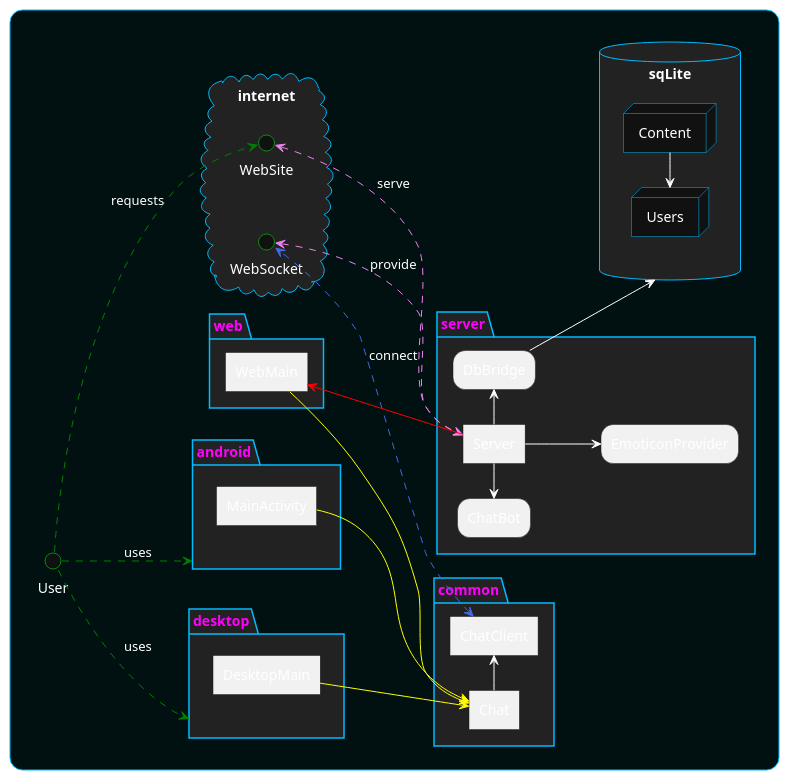
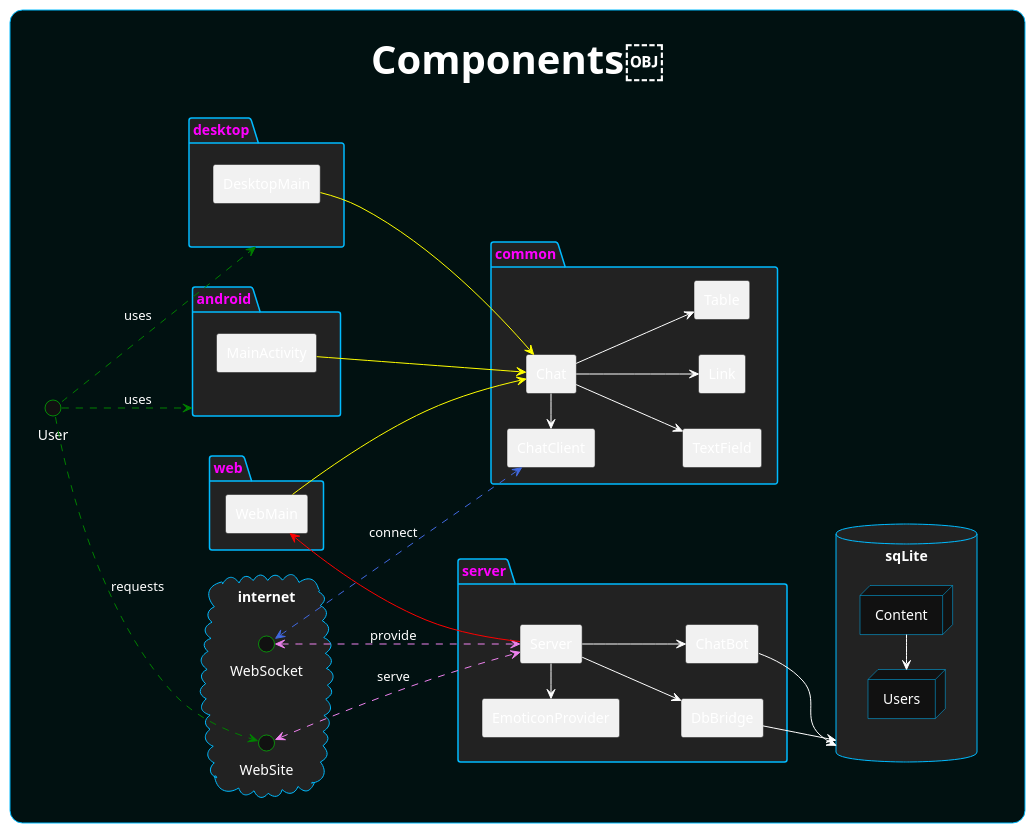
One commit to SaschaZ/KotlinMpChatDemo changed the diagram in doc/puml/Components.puml. Above: the diagram before and after it, drawn with PlantUML. The commit also changed 13 other files, not shown here.

```diff
--- a/doc/puml/Components.puml
+++ b/doc/puml/Components.puml
@@ -1,92 +1,103 @@
 @startuml
 'https://plantuml.com/component-diagram
 
 left to right direction
 '!theme cyborg-outline
 hide empty members
 
 skinparam defaultFontColor #fff
 skinparam titleFontColor #fff
 skinparam arrowColor #Fff
 skinparam packageBackgroundColor #222
 skinparam packageFontColor #f0f
 skinparam packageBorderColor #0BF
 skinparam rectangleBackgroundColor #011111
 skinparam rectangleFontColor #fff
 skinparam rectangleBorderColor #0BF
 skinparam frameBackgroundColor #011111
 skinparam nodeBackgroundColor #111
 skinparam nodeFontColor #fff
 skinparam nodeBorderColor #0BF
 skinparam interfaceBackgroundColor #111
 skinparam interfaceFontColor #FFF
 skinparam interfaceBorderColor #0F0
 skinparam componentStyle rectangle
-skinparam RoundCorner<<noRoundCorners>> 0
-hide package <<noRoundCorners>> stereotype
-hide rectangle <<noRoundCorners>> stereotype
-skinparam RoundCorner 25
+skinparam RoundCorner<<roundCorners>> 25
+hide rectangle <<roundCorners>> stereotype
 
 left to right direction
 
-rectangle {
-package "common" as common.common <<noRoundCorners>> {
-    component Chat <<noRoundCorners>>
-    component ChatClient <<noRoundCorners>>
-    [Chat] -> [ChatClient]
-}
+rectangle "\n<size:40>**Components**￼" <<roundCorners>> {
 
-package desktop <<noRoundCorners>> {
-    component DesktopMain <<noRoundCorners>>
-    [DesktopMain] -[#yellow]-> [Chat]
-}
+    interface User
 
-package android <<noRoundCorners>> {
-    component MainActivity <<noRoundCorners>>
-    [MainActivity] -[#yellow]-> [Chat]
-}
+    User .[#green].> android : uses
+    User .[#green].> desktop : uses
 
-package web <<noRoundCorners>> {
-    component WebMain <<noRoundCorners>>
-    [WebMain] -[#yellow]-> [Chat]
-}
+    together {
+        package common {
+            component Chat
+            component ChatClient
+            [Chat] -> [ChatClient]
+            [Chat] --> [TextField]
+            [Chat] --> [Link]
+            [Chat] --> [Table]
+        }
 
-interface User
+        together {
+            package server {
+                component Server
+              [EmoticonProvider] <- [Server]
+              [Server] --> [DbBridge]
+              [Server] --> [ChatBot]
+            }
 
-User .[#green].> android : uses
-User .[#green].> desktop : uses
+            database sqLite {
+                node Users
+                node Content
+                Users <- Content
+            }
 
-cloud internet {
-  [ChatClient] <.[#royalblue].> WebSocket : connect
-  User .[#green].> WebSite : requests
-}
+            server -[hidden]- sqLite
+        }
+    }
 
+    together {
+        cloud internet {
+          [ChatClient] <.[#royalblue].> WebSocket : connect
+          User .[#green].> WebSite : requests
+        }
+        WebSocket <.[#violet].> [Server] : provide
+        WebSite <.[#violet].> [Server] : serve
 
-package "server" <<noRoundCorners>> {
-    component Server <<noRoundCorners>>
-  WebSocket <.[#violet].> [Server] : provide
-  WebSite <.[#violet].> [Server] : serve
-  [Server] -[#red]-> [WebMain]
-  [ChatBot] <- [Server]
-  [Server] -> [DbBridge]
-  [Server] --> [EmoticonProvider]
-}
+        package desktop {
+            component DesktopMain
+            [DesktopMain] -[#yellow]-> [Chat]
+        }
 
-database "sqLite" {
-    node Users
-    node Content
-    Users <- Content
-}
+        package android {
+            component MainActivity
+            [MainActivity] -[#yellow]-> [Chat]
+        }
 
-[DbBridge] --> sqLite
-
-'hide common
-'hide sqLite
-'hide web
-'hide android
-'hide desktop
-'hide internet
-'hide server
-'hide User
+        package web {
+            component WebMain
+            [WebMain] -[#yellow]-> [Chat]
+        }
+    }
+   [Server] -[#red]-> [WebMain]
+    
+    
+    [DbBridge] --> sqLite
+    [ChatBot] --> sqLite
+    
+    'hide common
+    'hide sqLite
+    'hide web
+    'hide android
+    'hide desktop
+    'hide internet
+    'hide server
+    'hide User
 }
 @enduml
```
